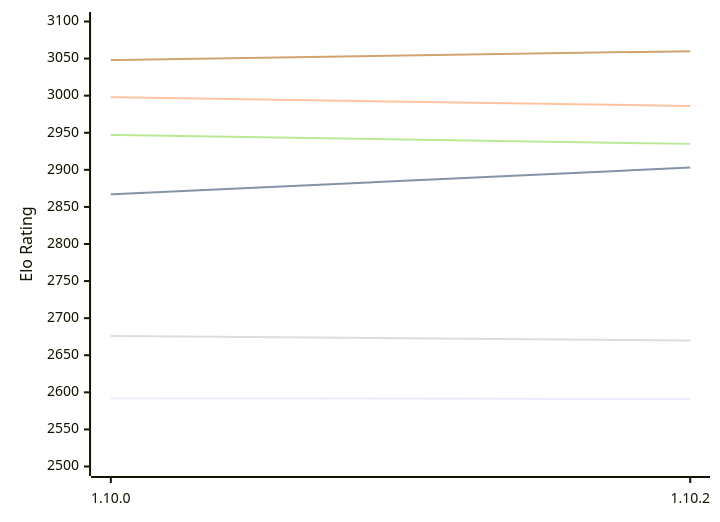
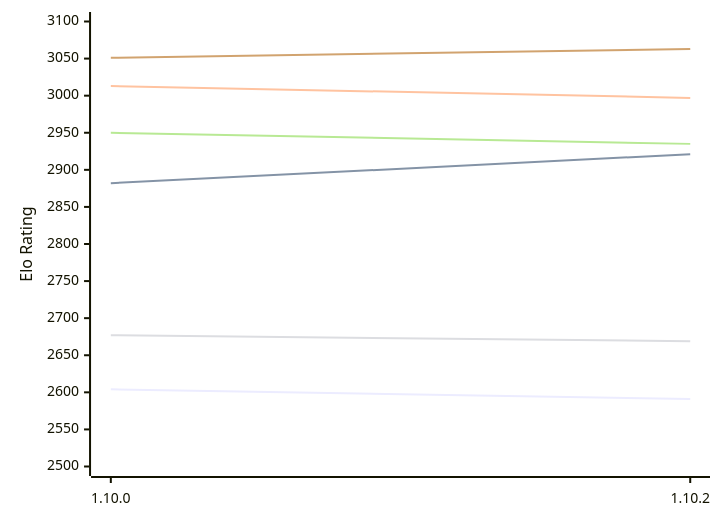
Before and after one commit to computer-chess-index/cci: the first of 2 diagrams in engines/Basilisk.md, drawn with Mermaid. The commit also changed other lines of this file, not shown here.

Commit message:
Update CCI Ratings (ELO VLTC) - 2026-10-22

````diff
--- a/engines/Basilisk.md
+++ b/engines/Basilisk.md
@@ -61,12 +61,12 @@
 ```mermaid
 %%{init: {"theme":"base","themeVariables":{"seriesColors:['#a3a3a3','#222221','#faa371']}}}%%
 xychart-beta
   x-axis ["1.10.0", "1.10.2"]
   y-axis "Elo Rating" 2500 --> 3100
-  line "E1: STC (8.0+0.08s)" [2592, 2591]
-  line "E1: LTC (60.0+0.60s)" [2867, 2903]
-  line "E1: VLTC (2m24s+1.12s)" [2998, 2986]
-  line "P1: STC (8.0+0.08s)" [2676, 2670]
-  line "P1: LTC (60.0+0.60s)" [2947, 2935]
-  line "P1: VLTC (2m24s+1.12s)" [3048, 3060]
+  line "E1: STC (8.0+0.08s)" [2604, 2591]
+  line "E1: LTC (60.0+0.60s)" [2882, 2921]
+  line "E1: VLTC (2m24s+1.12s)" [3013, 2997]
+  line "P1: STC (8.0+0.08s)" [2677, 2669]
+  line "P1: LTC (60.0+0.60s)" [2950, 2935]
+  line "P1: VLTC (2m24s+1.12s)" [3051, 3063]
 ```
````
